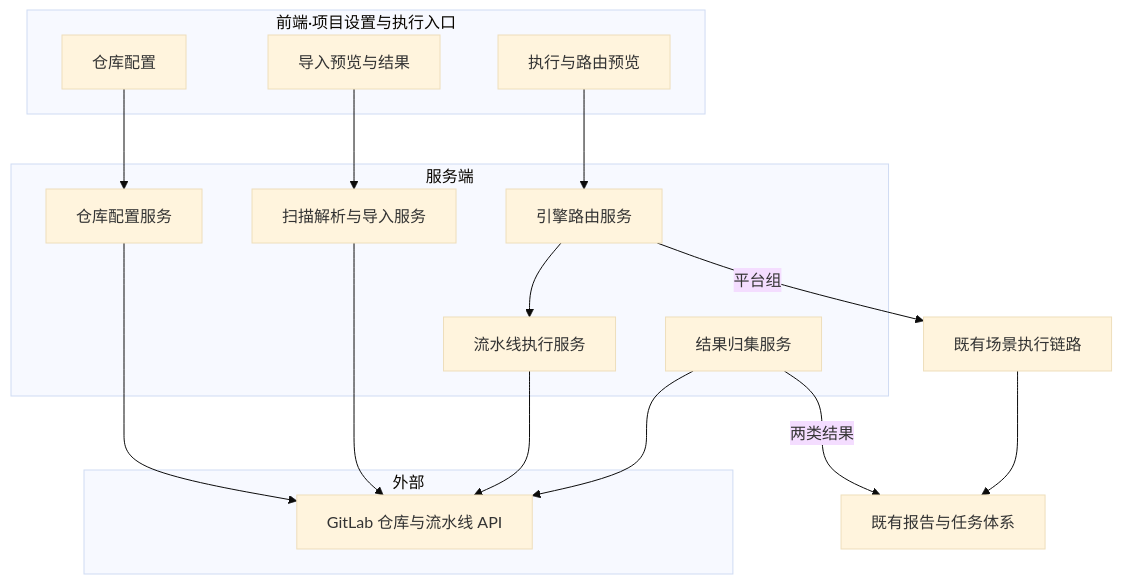
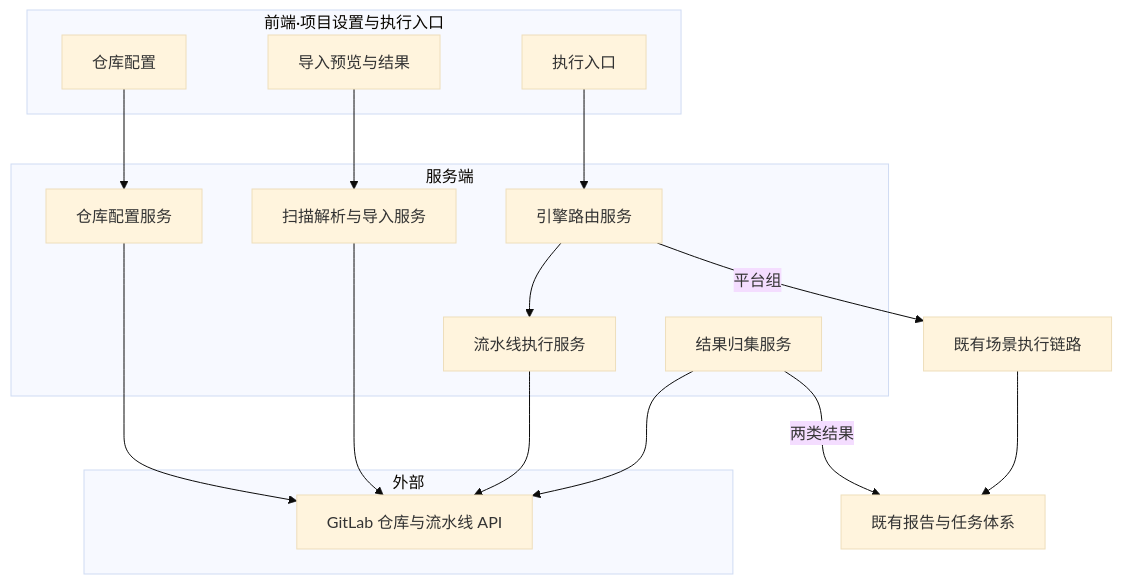
One commit to XiaoMiSum/robotest changed the first of 3 diagrams in docs/02-high-level-design/05-api-testing/11-hld-api-gitlab-integration.md. Above: the diagram before and after it, drawn with Mermaid (base theme). The commit also changed other lines of this file and 7 other files, not shown here.

Commit message:
📝 docs(api-testing): 全链路删除批量执行与批次进度视图，执行入口收敛为编辑页运行按钮

````diff
--- a/docs/02-high-level-design/05-api-testing/11-hld-api-gitlab-integration.md
+++ b/docs/02-high-level-design/05-api-testing/11-hld-api-gitlab-integration.md
@@ -37,32 +37,32 @@
 ```mermaid
 flowchart TB
     subgraph Web[前端·项目设置与执行入口]
         W1[仓库配置]
         W2[导入预览与结果]
-        W3[执行与路由预览]
+        W3[执行入口]
     end
 
     subgraph Server[服务端]
         R[仓库配置服务]
         I[扫描解析与导入服务]
         X[引擎路由服务]
         P[流水线执行服务]
         C[结果归集服务]
     end
 
     subgraph Ext[外部]
         G[GitLab 仓库与流水线 API]
     end
 
     W1 --> R
     W2 --> I
     W3 --> X
     R --> G
     I --> G
     P --> G
     C --> G
     X --> P
     X -->|平台组| E[既有场景执行链路]
     C -->|两类结果| RP[既有报告与任务体系]
     E --> RP
 ```
````
